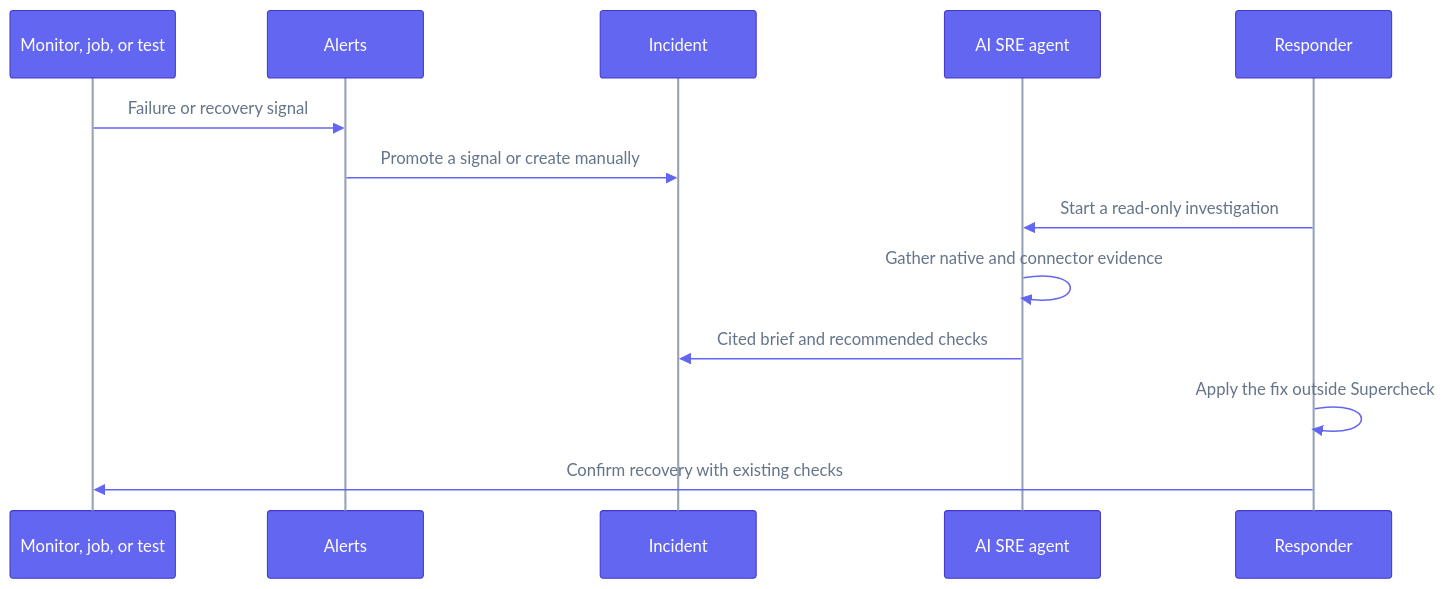
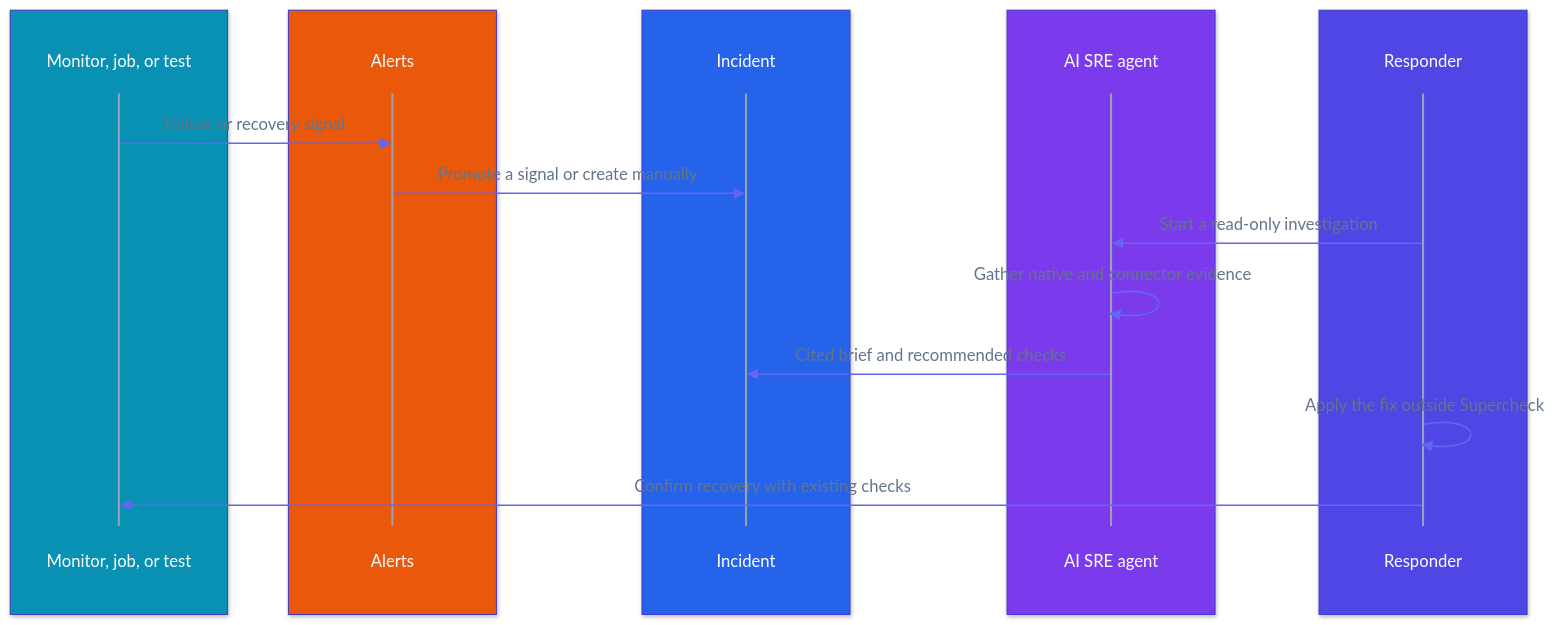
The second of 2 diagrams in docs/content/docs/app/investigate/index.mdx (supercheck-io/supercheck), drawn with Mermaid before and after one commit. The commit also changed 14 other files, not shown here.

First line of the commit message:
docs: reorganize architecture diagram and add color to sequence diagrams

````diff
--- a/docs/content/docs/app/investigate/index.mdx
+++ b/docs/content/docs/app/investigate/index.mdx
@@ -31,17 +31,27 @@
 ```mermaid
-%%{init: {"theme":"base","themeVariables":{"fontFamily":"ui-sans-serif, system-ui, -apple-system, Segoe UI, Roboto, sans-serif","primaryColor":"#6366f1","primaryTextColor":"#ffffff","primaryBorderColor":"#4338ca","lineColor":"#94a3b8","actorBkg":"#6366f1","actorBorder":"#4338ca","actorTextColor":"#ffffff","actorLineColor":"#94a3b8","signalColor":"#6366f1","signalTextColor":"#64748b","labelBoxBkgColor":"#f59e0b","labelBoxBorderColor":"#b45309","labelTextColor":"#ffffff","loopTextColor":"#64748b","activationBkgColor":"#8b5cf6","activationBorderColor":"#6d28d9","noteBkgColor":"#f59e0b","noteBorderColor":"#b45309","noteTextColor":"#ffffff","textColor":"#64748b","mainBkg":"#ffffff"}}}%%
+%%{init: {"theme":"base","themeVariables":{"fontFamily":"ui-sans-serif, system-ui, -apple-system, Segoe UI, Roboto, sans-serif","primaryColor":"#6366f1","primaryTextColor":"#ffffff","primaryBorderColor":"#4338ca","lineColor":"#94a3b8","actorBkg":"transparent","actorBorder":"transparent","actorTextColor":"#ffffff","actorLineColor":"#94a3b8","signalColor":"#6366f1","signalTextColor":"#64748b","labelBoxBkgColor":"#d97706","labelBoxBorderColor":"#b45309","labelTextColor":"#ffffff","loopTextColor":"#64748b","activationBkgColor":"#7c3aed","activationBorderColor":"#6d28d9","noteBkgColor":"#d97706","noteBorderColor":"#b45309","noteTextColor":"#ffffff","textColor":"#64748b","mainBkg":"#ffffff"}}}%%
 sequenceDiagram
-    participant Check as Monitor, job, or test
-    participant Alert as Alerts
-    participant Incident as Incident
-    participant Agent as AI SRE agent
-    participant Human as Responder
+    box rgb(8,145,178)
+        participant Check as Monitor, job, or test
+    end
+    box rgb(234,88,12)
+        participant Alert as Alerts
+    end
+    box rgb(37,99,235)
+        participant Incident as Incident
+    end
+    box rgb(124,58,237)
+        participant Agent as AI SRE agent
+    end
+    box rgb(79,70,229)
+        participant Human as Responder
+    end
 
     Check->>Alert: Failure or recovery signal
     Alert->>Incident: Promote a signal or create manually
     Human->>Agent: Start a read-only investigation
     Agent->>Agent: Gather native and connector evidence
     Agent->>Incident: Cited brief and recommended checks
     Human->>Human: Apply the fix outside Supercheck
     Human->>Check: Confirm recovery with existing checks
 ```
````
